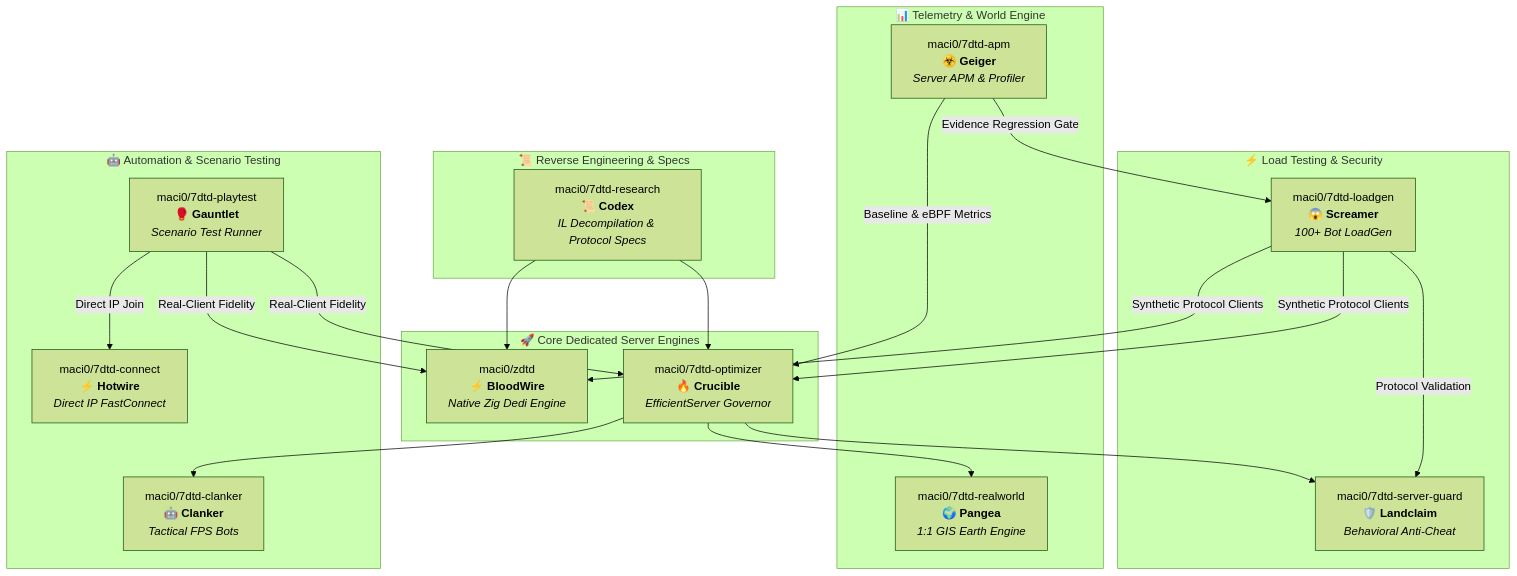
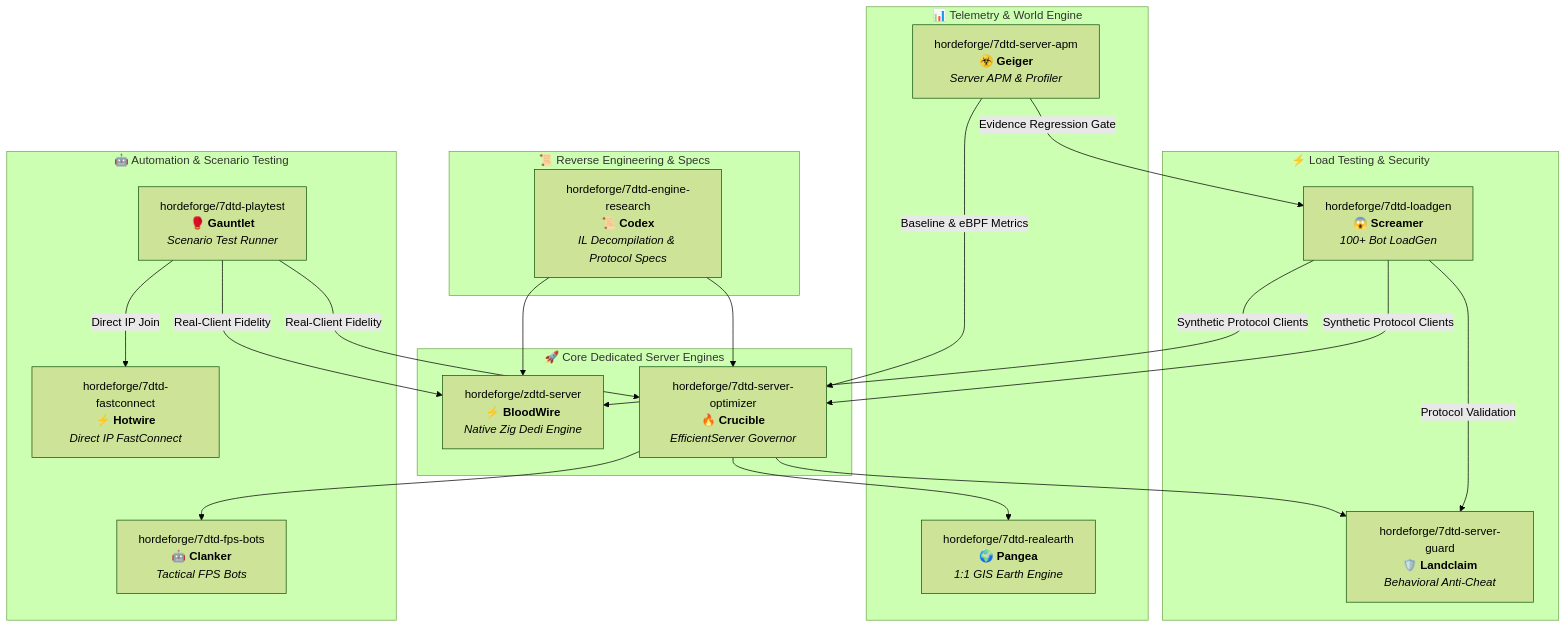
Before and after one commit to hordeforge/.github: the diagram in README.md, drawn with Mermaid (forest theme). The commit also changed other lines of this file and 1 other file, not shown here.

Commit message:
Update Org Profile README with live hordeforge/ repository URLs

````diff
--- a/README.md
+++ b/README.md
@@ -61,45 +57,45 @@
 ```mermaid
 flowchart TD
     subgraph Research ["📜 Reverse Engineering & Specs"]
-        RES["maci0/7dtd-research<br><b>📜 Codex</b><br><i>IL Decompilation & Protocol Specs</i>"]
+        RES["hordeforge/7dtd-engine-research<br><b>📜 Codex</b><br><i>IL Decompilation & Protocol Specs</i>"]
     end
 
     subgraph CoreRuntimes ["🚀 Core Dedicated Server Engines"]
-        ZDTD["maci0/zdtd<br><b>⚡ BloodWire</b><br><i>Native Zig Dedi Engine</i>"]
-        OPT["maci0/7dtd-optimizer<br><b>🔥 Crucible</b><br><i>EfficientServer Governor</i>"]
+        ZDTD["hordeforge/zdtd-server<br><b>⚡ BloodWire</b><br><i>Native Zig Dedi Engine</i>"]
+        OPT["hordeforge/7dtd-server-optimizer<br><b>🔥 Crucible</b><br><i>EfficientServer Governor</i>"]
     end
 
     subgraph LoadAndGuard ["⚡ Load Testing & Security"]
-        LOAD["maci0/7dtd-loadgen<br><b>😱 Screamer</b><br><i>100+ Bot LoadGen</i>"]
-        GUARD["maci0/7dtd-server-guard<br><b>🛡️ Landclaim</b><br><i>Behavioral Anti-Cheat</i>"]
+        LOAD["hordeforge/7dtd-loadgen<br><b>😱 Screamer</b><br><i>100+ Bot LoadGen</i>"]
+        GUARD["hordeforge/7dtd-server-guard<br><b>🛡️ Landclaim</b><br><i>Behavioral Anti-Cheat</i>"]
     end
 
     subgraph TelemetryAndWorld ["📊 Telemetry & World Engine"]
-        APM["maci0/7dtd-apm<br><b>☣️ Geiger</b><br><i>Server APM & Profiler</i>"]
-        REAL["maci0/7dtd-realworld<br><b>🌍 Pangea</b><br><i>1:1 GIS Earth Engine</i>"]
+        APM["hordeforge/7dtd-server-apm<br><b>☣️ Geiger</b><br><i>Server APM & Profiler</i>"]
+        REAL["hordeforge/7dtd-realearth<br><b>🌍 Pangea</b><br><i>1:1 GIS Earth Engine</i>"]
     end
 
     subgraph BotAndAutomation ["🤖 Automation & Scenario Testing"]
-        PLAY["maci0/7dtd-playtest<br><b>🥊 Gauntlet</b><br><i>Scenario Test Runner</i>"]
-        BOT["maci0/7dtd-clanker<br><b>🤖 Clanker</b><br><i>Tactical FPS Bots</i>"]
-        CONN["maci0/7dtd-connect<br><b>⚡ Hotwire</b><br><i>Direct IP FastConnect</i>"]
+        PLAY["hordeforge/7dtd-playtest<br><b>🥊 Gauntlet</b><br><i>Scenario Test Runner</i>"]
+        BOT["hordeforge/7dtd-fps-bots<br><b>🤖 Clanker</b><br><i>Tactical FPS Bots</i>"]
+        CONN["hordeforge/7dtd-fastconnect<br><b>⚡ Hotwire</b><br><i>Direct IP FastConnect</i>"]
     end
 
     RES --> ZDTD
     RES --> OPT
 
     LOAD -->|Synthetic Protocol Clients| ZDTD
     LOAD -->|Synthetic Protocol Clients| OPT
     LOAD -->|Protocol Validation| GUARD
 
     APM -->|Baseline & eBPF Metrics| OPT
     APM -->|Evidence Regression Gate| LOAD
 
     PLAY -->|Real-Client Fidelity| ZDTD
     PLAY -->|Real-Client Fidelity| OPT
     PLAY -->|Direct IP Join| CONN
 
     OPT --> GUARD
     OPT --> REAL
     OPT --> BOT
 ```
````
